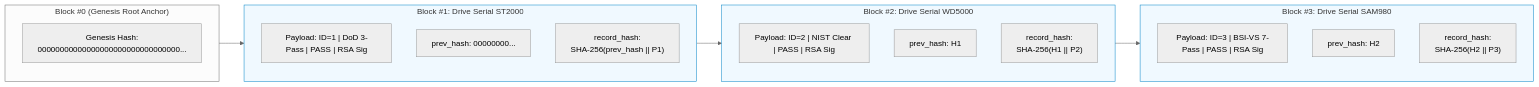
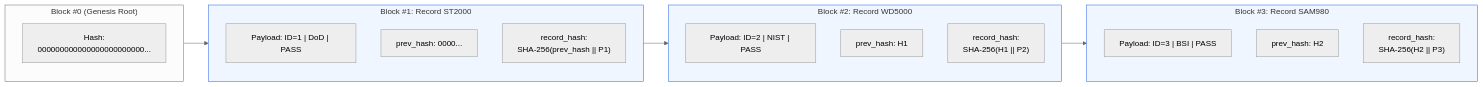
Before and after one commit to pranaash31/Secure-Data-Wiping: the tenth of 24 diagrams in PROJECT_STUDY_GUIDE.md, drawn with Mermaid (neutral theme). The commit also changed other lines of this file, not shown here.

````diff
--- a/PROJECT_STUDY_GUIDE.md
+++ b/PROJECT_STUDY_GUIDE.md
@@ -465,32 +412,30 @@
 ```mermaid
 flowchart LR
-    subgraph GENESIS["Block #0 (Genesis Root Anchor)"]
-        G_HASH["Genesis Hash:\n00000000000000000000000000000000..."]
+    subgraph GENESIS["Block #0 (Genesis Root)"]
+        G_H["Hash:\n000000000000000000000000..."]
     end
 
-    subgraph BLOCK1["Block #1: Drive Serial ST2000"]
-        P1["Payload: ID=1 | DoD 3-Pass | PASS | RSA Sig"]
-        PREV1["prev_hash: 00000000..."]
+    subgraph B1["Block #1: Record ST2000"]
+        P1["Payload: ID=1 | DoD | PASS"]
+        PREV1["prev_hash: 0000..."]
         H1["record_hash:\nSHA-256(prev_hash || P1)"]
     end
 
-    subgraph BLOCK2["Block #2: Drive Serial WD5000"]
-        P2["Payload: ID=2 | NIST Clear | PASS | RSA Sig"]
+    subgraph B2["Block #2: Record WD5000"]
+        P2["Payload: ID=2 | NIST | PASS"]
         PREV2["prev_hash: H1"]
         H2["record_hash:\nSHA-256(H1 || P2)"]
     end
 
-    subgraph BLOCK3["Block #3: Drive Serial SAM980"]
-        P3["Payload: ID=3 | BSI-VS 7-Pass | PASS | RSA Sig"]
+    subgraph B3["Block #3: Record SAM980"]
+        P3["Payload: ID=3 | BSI | PASS"]
         PREV3["prev_hash: H2"]
         H3["record_hash:\nSHA-256(H2 || P3)"]
     end
 
-    GENESIS --> BLOCK1
-    BLOCK1 --> BLOCK2
-    BLOCK2 --> BLOCK3
+    GENESIS --> B1 --> B2 --> B3
 
-    style BLOCK1 fill:#f0f9ff,stroke:#0284c7
-    style BLOCK2 fill:#f0f9ff,stroke:#0284c7
-    style BLOCK3 fill:#f0f9ff,stroke:#0284c7
+    style B1 fill:#eff6ff,stroke:#2563eb
+    style B2 fill:#eff6ff,stroke:#2563eb
+    style B3 fill:#eff6ff,stroke:#2563eb
 ```
````
